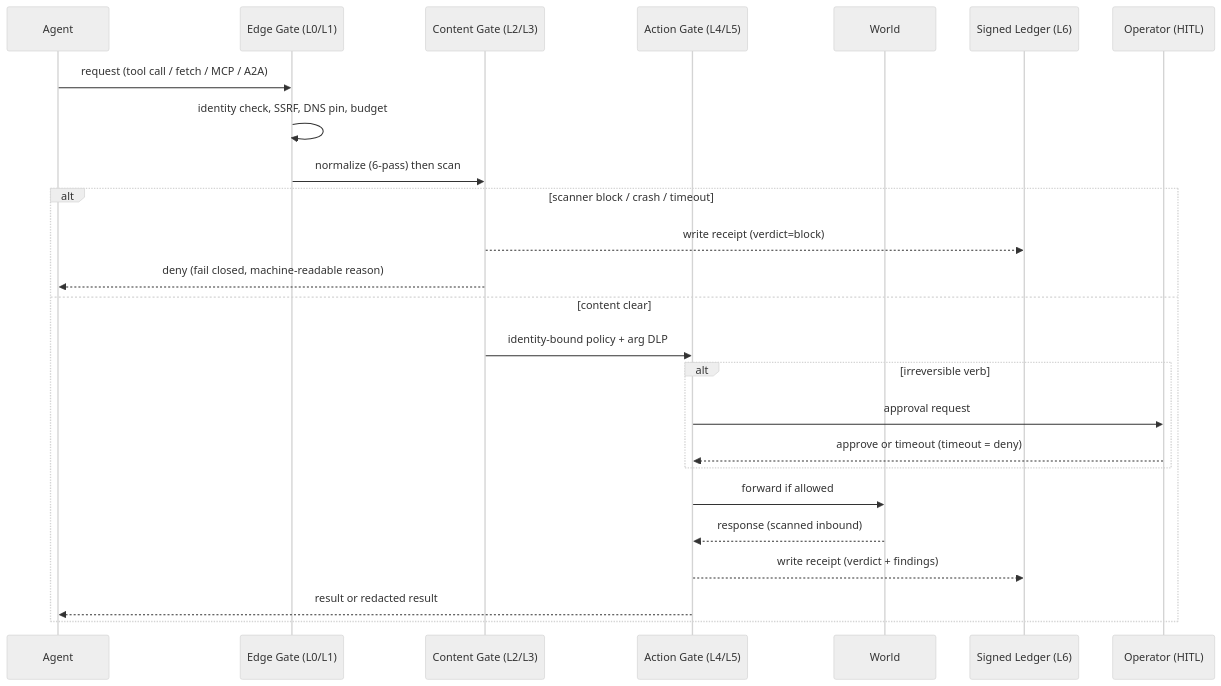
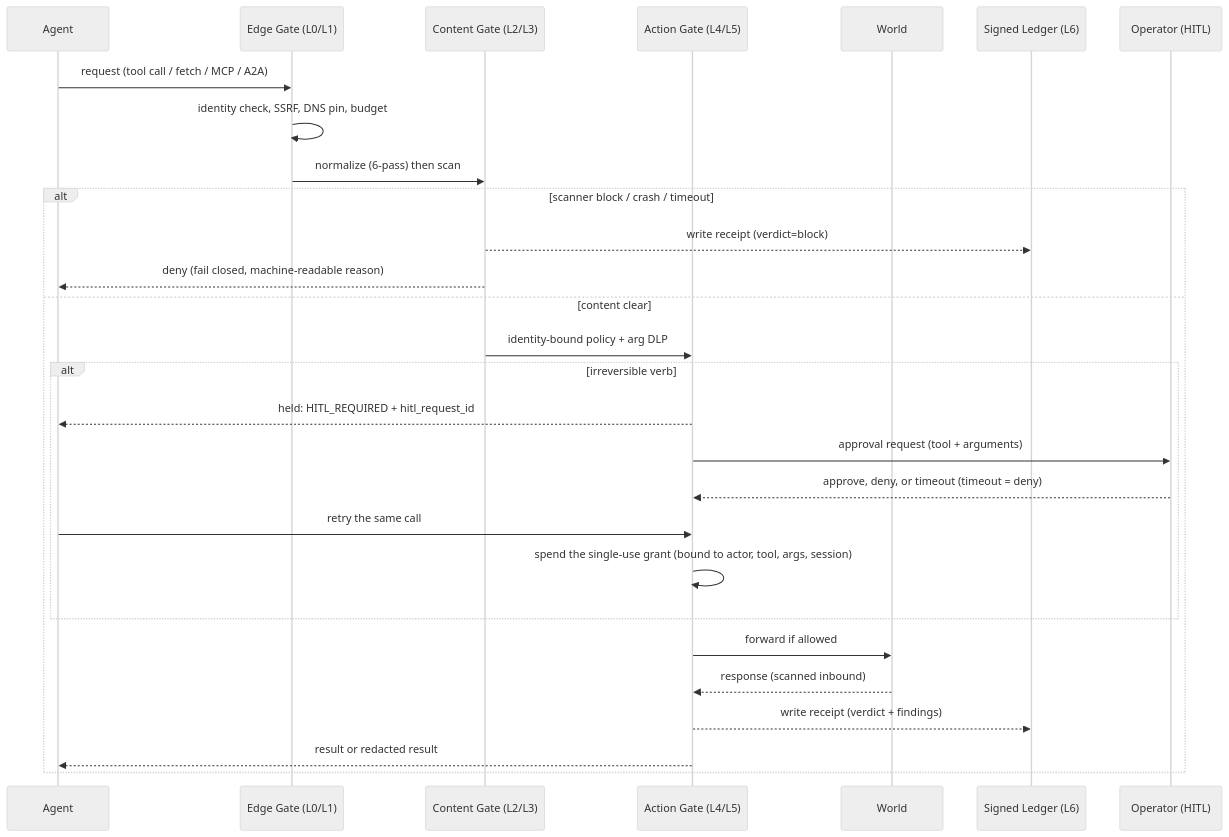
Before and after one commit to neural-nomad1709/agentlighthouse: the fourth of 9 diagrams in README.md, drawn with Mermaid (neutral theme). The commit also changed other lines of this file and 16 other files, not shown here.

````diff
--- a/README.md
+++ b/README.md
@@ -248,28 +248,31 @@
 ```mermaid
 sequenceDiagram
     participant Agent
     participant Edge as Edge Gate (L0/L1)
     participant Content as Content Gate (L2/L3)
     participant Action as Action Gate (L4/L5)
     participant World
     participant Ledger as Signed Ledger (L6)
     participant Human as Operator (HITL)
 
     Agent->>Edge: request (tool call / fetch / MCP / A2A)
     Edge->>Edge: identity check, SSRF, DNS pin, budget
     Edge->>Content: normalize (6-pass) then scan
     alt scanner block / crash / timeout
         Content-->>Ledger: write receipt (verdict=block)
         Content-->>Agent: deny (fail closed, machine-readable reason)
     else content clear
         Content->>Action: identity-bound policy + arg DLP
         alt irreversible verb
-            Action->>Human: approval request
-            Human-->>Action: approve or timeout (timeout = deny)
+            Action-->>Agent: held: HITL_REQUIRED + hitl_request_id
+            Action->>Human: approval request (tool + arguments)
+            Human-->>Action: approve, deny, or timeout (timeout = deny)
+            Agent->>Action: retry the same call
+            Action->>Action: spend the single-use grant (bound to actor, tool, args, session)
         end
         Action->>World: forward if allowed
         World-->>Action: response (scanned inbound)
         Action-->>Ledger: write receipt (verdict + findings)
         Action-->>Agent: result or redacted result
     end
 ```
````
